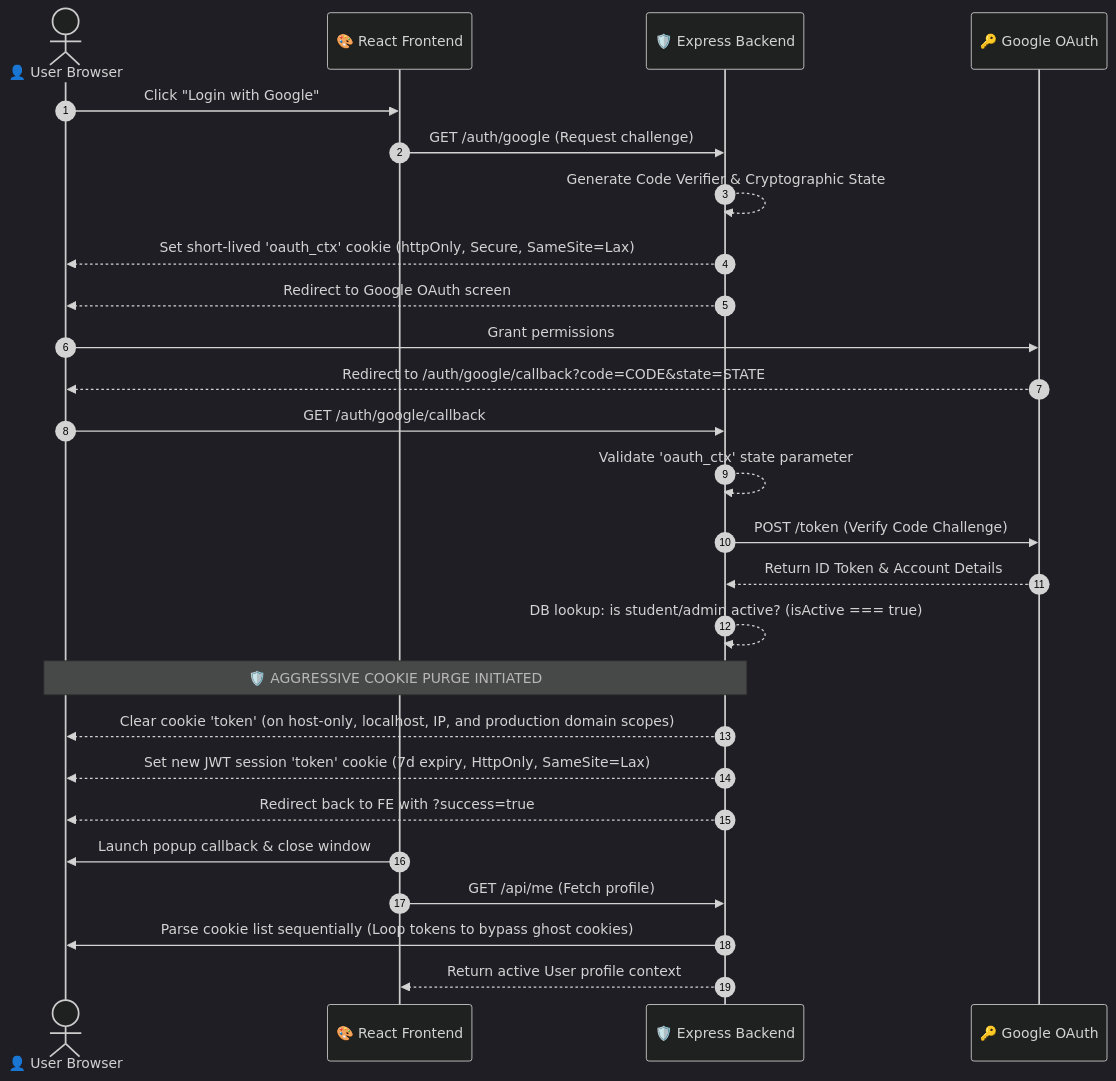
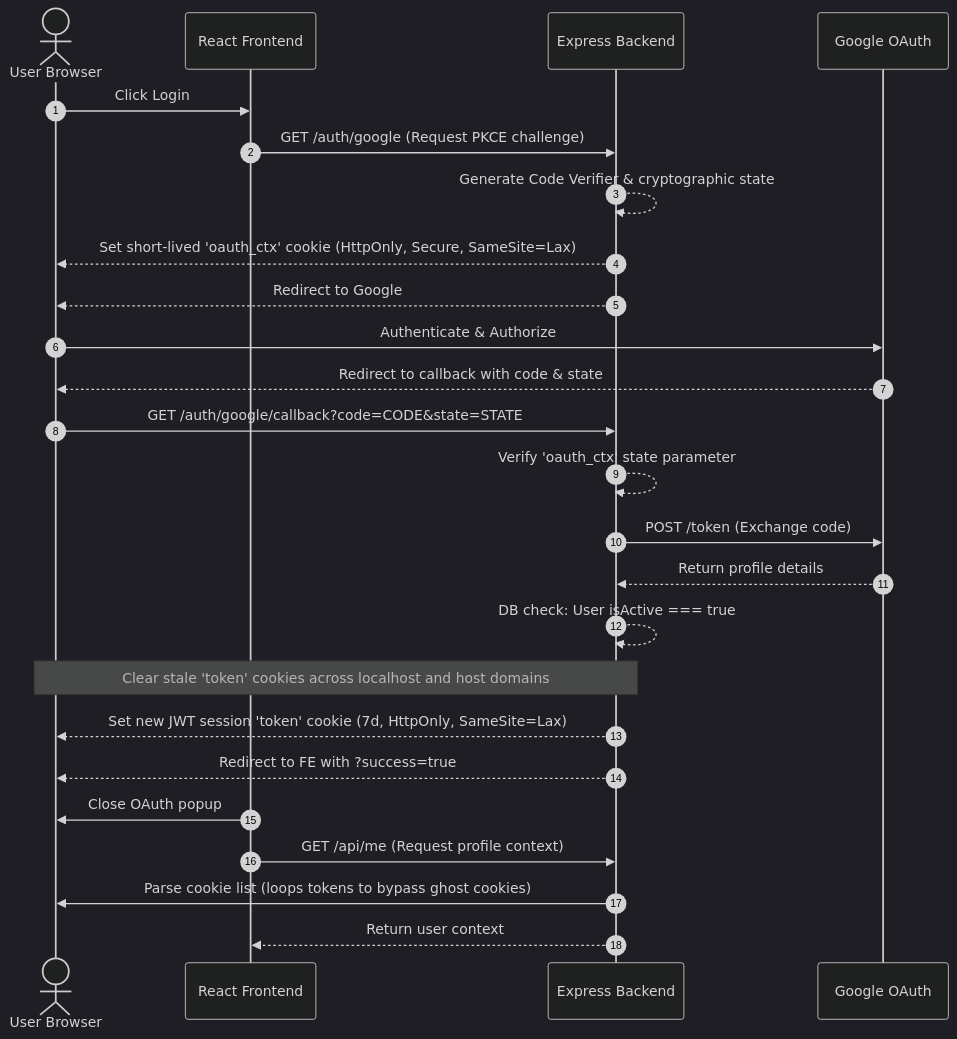
The second of 3 diagrams in ARCHITECTURE.md (DeatWalls-Azka/KRSwitch-frontend), drawn with Mermaid (dark theme) before and after one commit. The commit also changed other lines of this file and 2 other files, not shown here.

Commit message:
docs: clean up AI slop and fix Mermaid syntax errors

````diff
--- a/ARCHITECTURE.md
+++ b/ARCHITECTURE.md
@@ -60,31 +60,29 @@
 ```mermaid
 sequenceDiagram
     autonumber
-    actor User as 👤 User Browser
-    participant FE as 🎨 React Frontend
-    participant BE as 🛡️ Express Backend
-    participant GO as 🔑 Google OAuth
+    actor User as User Browser
+    participant FE as React Frontend
+    participant BE as Express Backend
+    participant GO as Google OAuth
 
-    User->>FE: Click "Login with Google"
-    FE->>BE: GET /auth/google (Request challenge)
-    BE-->>BE: Generate Code Verifier & Cryptographic State
-    BE-->>User: Set short-lived 'oauth_ctx' cookie (httpOnly, Secure, SameSite=Lax)
-    BE-->>User: Redirect to Google OAuth screen
-    User->>GO: Grant permissions
-    GO-->>User: Redirect to /auth/google/callback?code=CODE&state=STATE
-    User->>BE: GET /auth/google/callback
-    BE-->>BE: Validate 'oauth_ctx' state parameter
-    BE->>GO: POST /token (Verify Code Challenge)
-    GO-->>BE: Return ID Token & Account Details
-    BE-->>BE: DB lookup: is student/admin active? (isActive === true)
+    User->>FE: Click Login
+    FE->>BE: GET /auth/google (Request PKCE challenge)
+    BE-->>BE: Generate Code Verifier & cryptographic state
+    BE-->>User: Set short-lived 'oauth_ctx' cookie (HttpOnly, Secure, SameSite=Lax)
+    BE-->>User: Redirect to Google
+    User->>GO: Authenticate & Authorize
+    GO-->>User: Redirect to callback with code & state
+    User->>BE: GET /auth/google/callback?code=CODE&state=STATE
+    BE-->>BE: Verify 'oauth_ctx' state parameter
+    BE->>GO: POST /token (Exchange code)
+    GO-->>BE: Return profile details
+    BE-->>BE: DB check: User isActive === true
     
-    Note over BE,User: 🛡️ AGGRESSIVE COOKIE PURGE INITIATED
-    BE-->>User: Clear cookie 'token' (on host-only, localhost, IP, and production domain scopes)
-    
-    BE-->>User: Set new JWT session 'token' cookie (7d expiry, HttpOnly, SameSite=Lax)
-    BE-->>User: Redirect back to FE with ?success=true
-    FE->>User: Launch popup callback & close window
-    FE->>BE: GET /api/me (Fetch profile)
-    BE->>User: Parse cookie list sequentially (Loop tokens to bypass ghost cookies)
-    BE-->>FE: Return active User profile context
+    Note over BE,User: Clear stale 'token' cookies across localhost and host domains
+    BE-->>User: Set new JWT session 'token' cookie (7d, HttpOnly, SameSite=Lax)
+    BE-->>User: Redirect to FE with ?success=true
+    FE->>User: Close OAuth popup
+    FE->>BE: GET /api/me (Request profile context)
+    BE->>User: Parse cookie list (loops tokens to bypass ghost cookies)
+    BE-->>FE: Return user context
 ```
````
